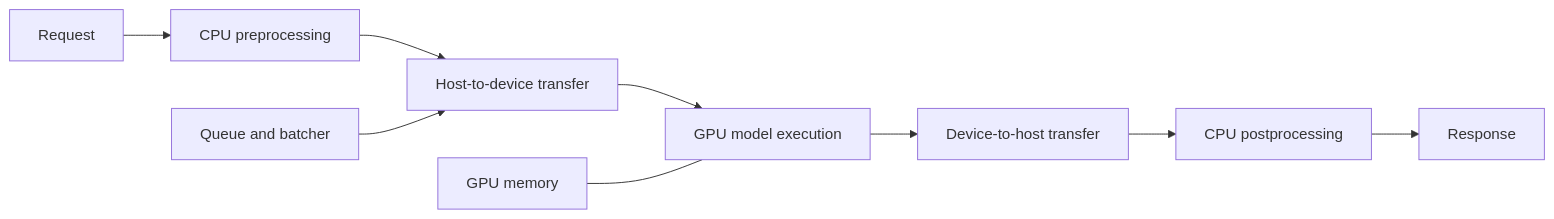
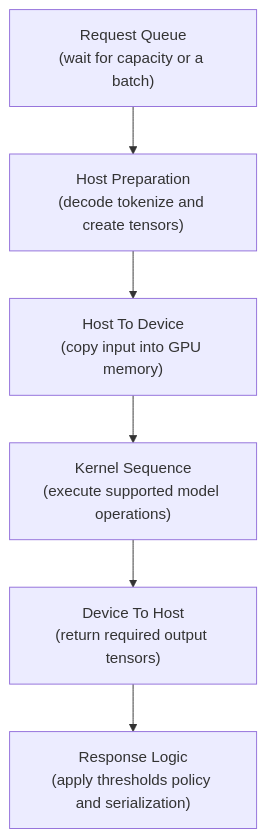
The second of 8 diagrams in roadmaps/mlops/modules/model-serving/serving-performance/03-gpu-inference-basics.md (senlinyy/dev-roadmaps), drawn with Mermaid before and after one commit. The commit also changed other lines of this file and 152 other files, not shown here.

Commit message:
feat: mlops and diagrams updated

````diff
--- a/roadmaps/mlops/modules/model-serving/serving-performance/03-gpu-inference-basics.md
+++ b/roadmaps/mlops/modules/model-serving/serving-performance/03-gpu-inference-basics.md
@@ -31,11 +84,10 @@
 ```mermaid
-flowchart LR
-    A[Request] --> B[CPU preprocessing]
-    B --> C[Host-to-device transfer]
-    C --> D[GPU model execution]
-    D --> E[Device-to-host transfer]
-    E --> F[CPU postprocessing]
-    F --> G[Response]
-    H[Queue and batcher] --> C
-    I[GPU memory] --- D
+flowchart TD
+    A["Request Queue<br/>(wait for capacity or a batch)"] --> B["Host Preparation<br/>(decode tokenize and create tensors)"]
+    B --> C["Host To Device<br/>(copy input into GPU memory)"]
+    C --> D["Kernel Sequence<br/>(execute supported model operations)"]
+    D --> E["Device To Host<br/>(return required output tensors)"]
+    E --> F["Response Logic<br/>(apply thresholds policy and serialization)"]
+
+    class A queue; class B,E host; class C,D device; class F result
 ```
````
